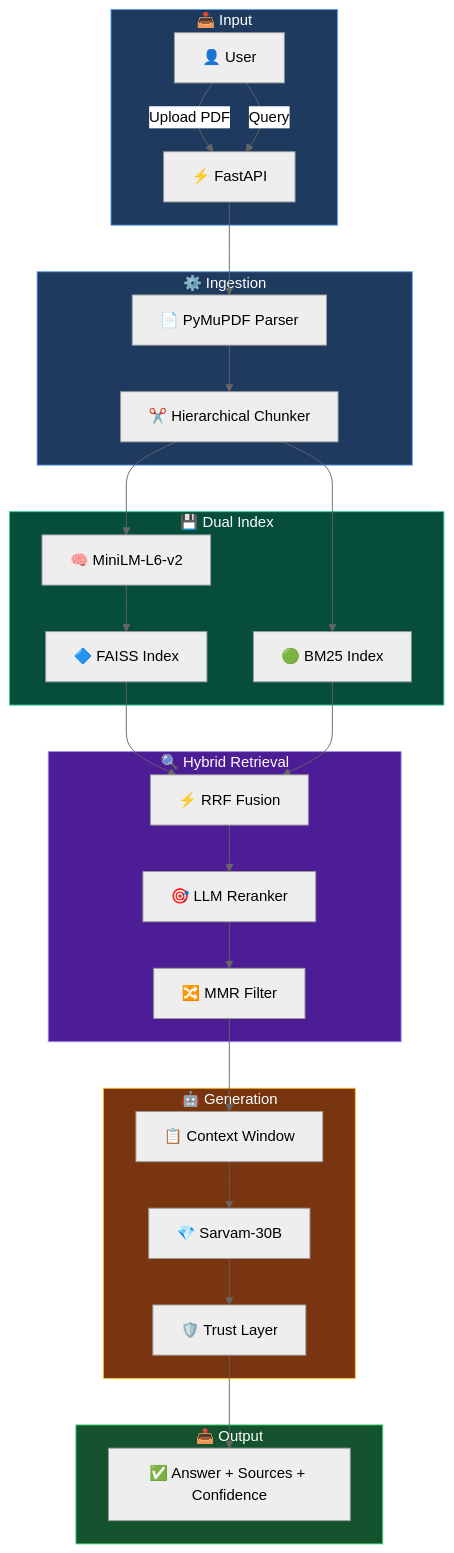
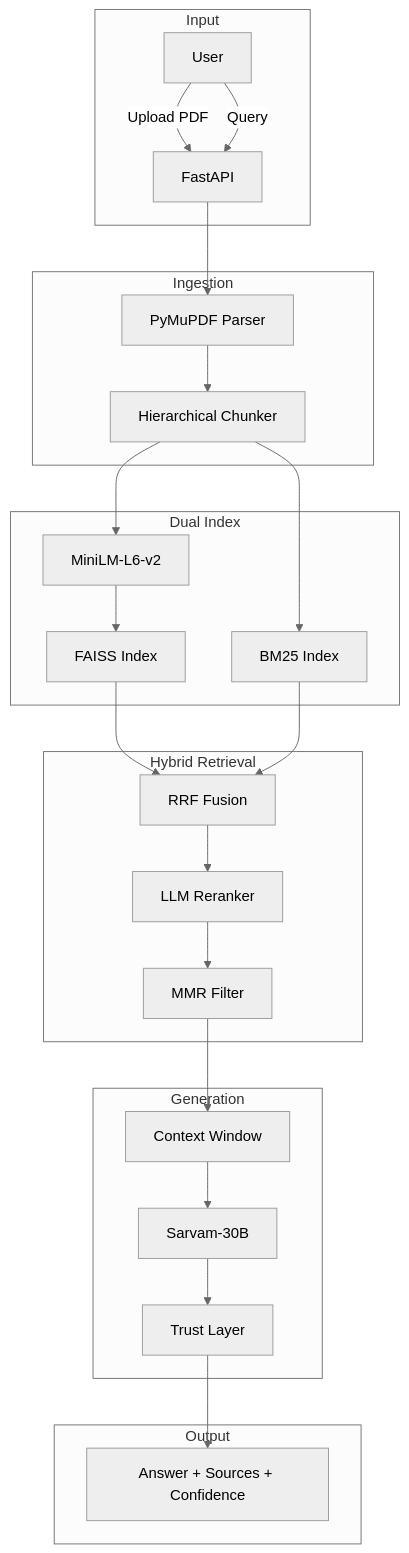
The diagram in README.md (Nishant-aiml/iveri-llm-advanced-rag-learning-system), drawn with Mermaid (neutral theme) before and after one commit. The commit also changed other lines of this file and 10 other files, not shown here.

````diff
--- a/README.md
+++ b/README.md
@@ -56,42 +51,30 @@
 ```mermaid
 flowchart TD
-    subgraph INPUT["📥 Input"]
-        U[👤 User] -->|Upload PDF| API[⚡ FastAPI]
+    subgraph INPUT["Input"]
+        U[User] -->|Upload PDF| API[FastAPI]
         U -->|Query| API
     end
-
-    subgraph INGESTION["⚙️ Ingestion"]
-        API --> Parser["📄 PyMuPDF Parser"]
-        Parser --> Chunker["✂️ Hierarchical Chunker"]
+    subgraph INGESTION["Ingestion"]
+        API --> Parser["PyMuPDF Parser"]
+        Parser --> Chunker["Hierarchical Chunker"]
     end
-
-    subgraph INDEXING["💾 Dual Index"]
-        Chunker --> Embedder["🧠 MiniLM-L6-v2"]
-        Embedder --> FAISS["🔷 FAISS Index"]
-        Chunker --> BM25["🟢 BM25 Index"]
+    subgraph INDEXING["Dual Index"]
+        Chunker --> Embedder["MiniLM-L6-v2"]
+        Embedder --> FAISS["FAISS Index"]
+        Chunker --> BM25["BM25 Index"]
     end
-
-    subgraph RETRIEVAL["🔍 Hybrid Retrieval"]
-        FAISS --> RRF["⚡ RRF Fusion"]
+    subgraph RETRIEVAL["Hybrid Retrieval"]
+        FAISS --> RRF["RRF Fusion"]
         BM25 --> RRF
-        RRF --> Reranker["🎯 LLM Reranker"]
-        Reranker --> MMR["🔀 MMR Filter"]
+        RRF --> Reranker["LLM Reranker"]
+        Reranker --> MMR["MMR Filter"]
     end
-
-    subgraph GENERATION["🤖 Generation"]
-        MMR --> Context["📋 Context Window"]
-        Context --> LLM["💎 Sarvam-30B"]
-        LLM --> Trust["🛡️ Trust Layer"]
+    subgraph GENERATION["Generation"]
+        MMR --> Context["Context Window"]
+        Context --> LLM["Sarvam-30B"]
+        LLM --> Trust["Trust Layer"]
     end
-
-    subgraph OUTPUT["📤 Output"]
-        Trust --> Response["✅ Answer + Sources + Confidence"]
+    subgraph OUTPUT["Output"]
+        Trust --> Response["Answer + Sources + Confidence"]
     end
-
-    style INPUT fill:#1e3a5f,stroke:#60a5fa,color:#fff
-    style INGESTION fill:#1e3a5f,stroke:#60a5fa,color:#fff
-    style INDEXING fill:#064e3b,stroke:#34d399,color:#fff
-    style RETRIEVAL fill:#4c1d95,stroke:#a78bfa,color:#fff
-    style GENERATION fill:#78350f,stroke:#fbbf24,color:#fff
-    style OUTPUT fill:#14532d,stroke:#4ade80,color:#fff
 ```
````
